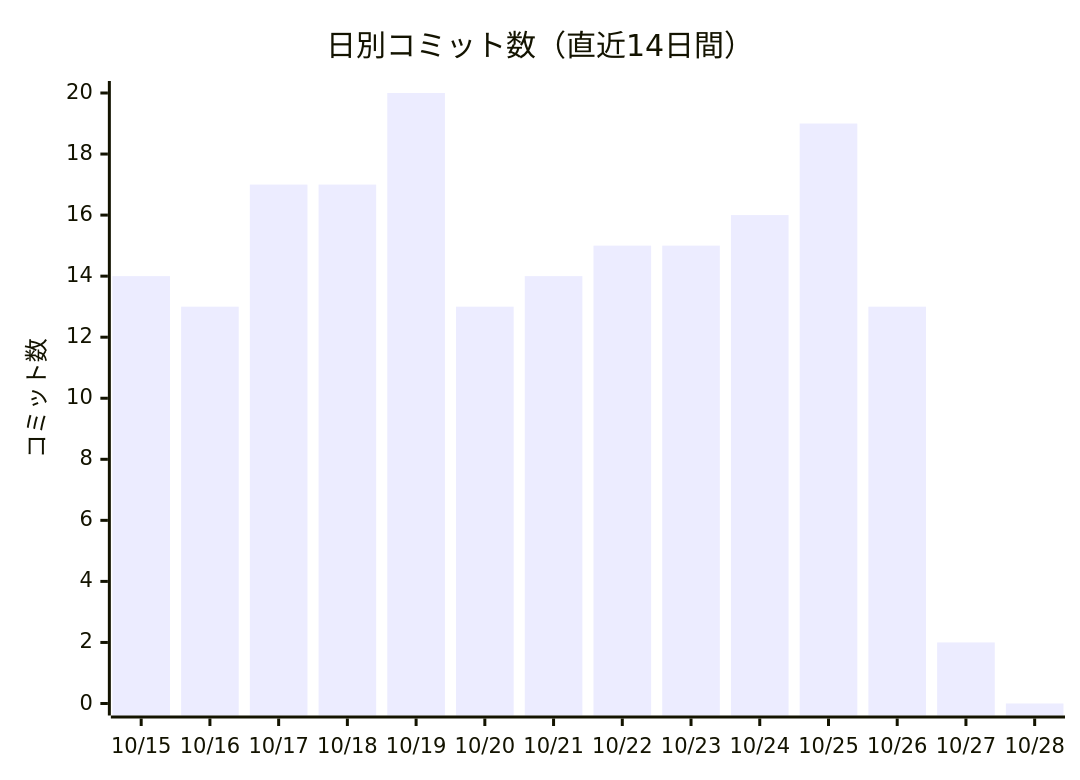
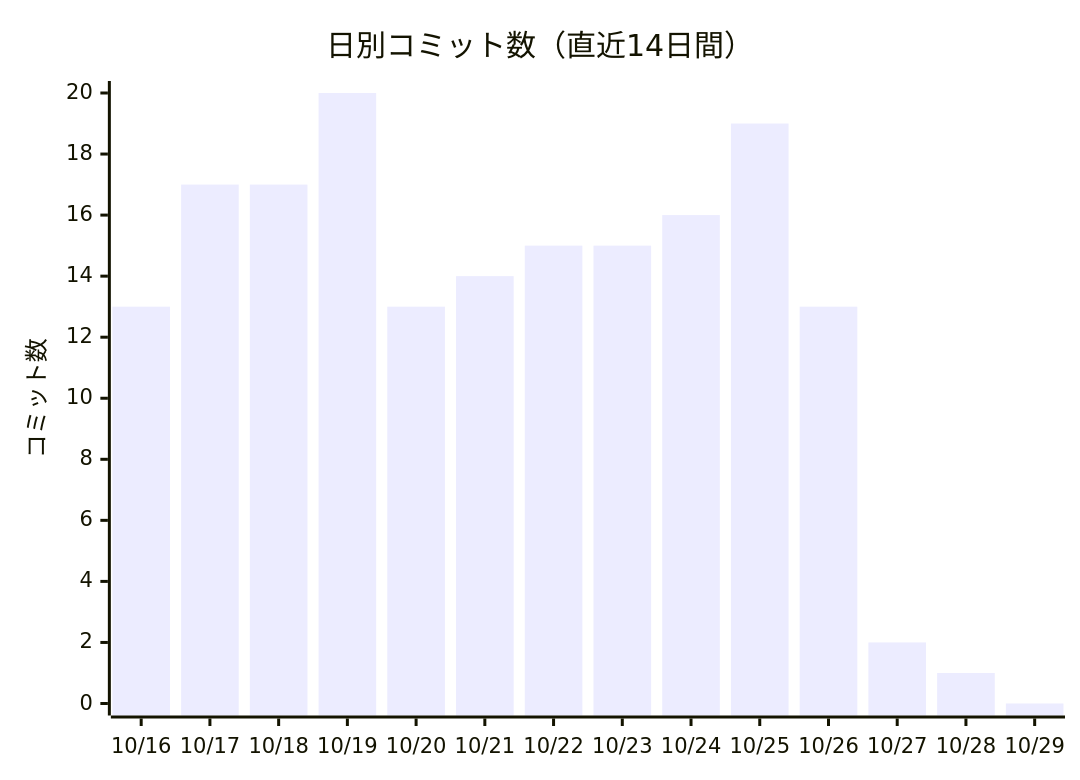
The first of 2 diagrams in docs/進化レポート.md (non-x2/non-x2), drawn with Mermaid before and after one commit. The commit also changed other lines of this file and 3 other files, not shown here.

````diff
--- a/docs/進化レポート.md
+++ b/docs/進化レポート.md
@@ -23,7 +23,7 @@
 ```mermaid
 xychart-beta
     title "日別コミット数（直近14日間）"
-    x-axis ["10/15", "10/16", "10/17", "10/18", "10/19", "10/20", "10/21", "10/22", "10/23", "10/24", "10/25", "10/26", "10/27", "10/28"]
+    x-axis ["10/16", "10/17", "10/18", "10/19", "10/20", "10/21", "10/22", "10/23", "10/24", "10/25", "10/26", "10/27", "10/28", "10/29"]
     y-axis "コミット数"
-    bar [14, 13, 17, 17, 20, 13, 14, 15, 15, 16, 19, 13, 2, 0]
+    bar [13, 17, 17, 20, 13, 14, 15, 15, 16, 19, 13, 2, 1, 0]
 ```
````
